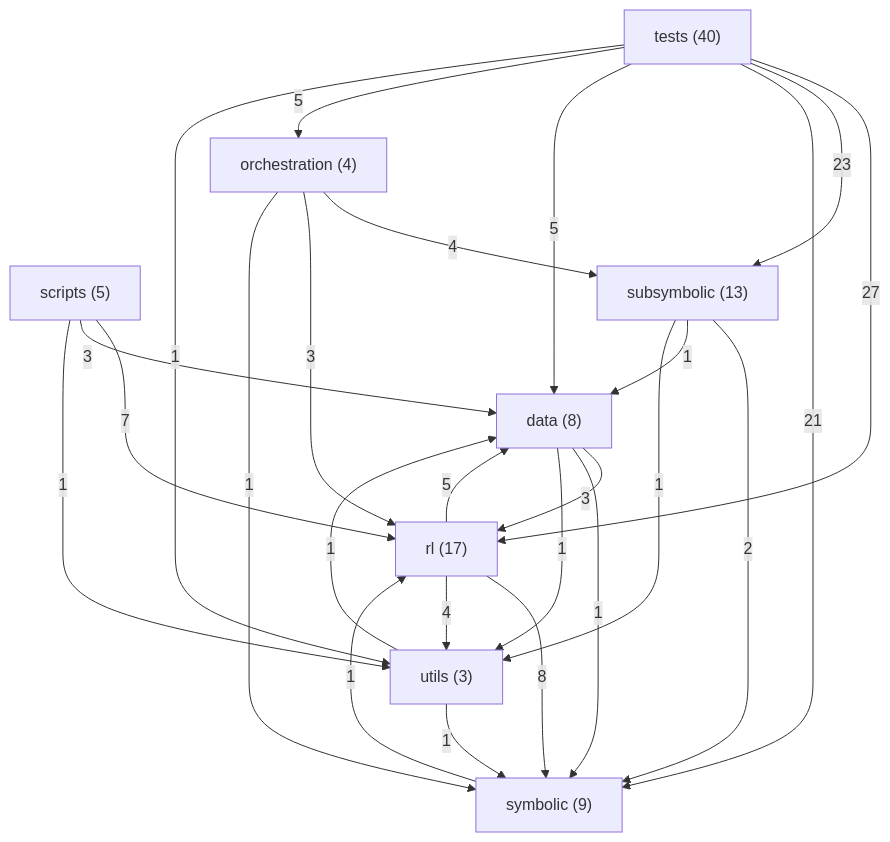
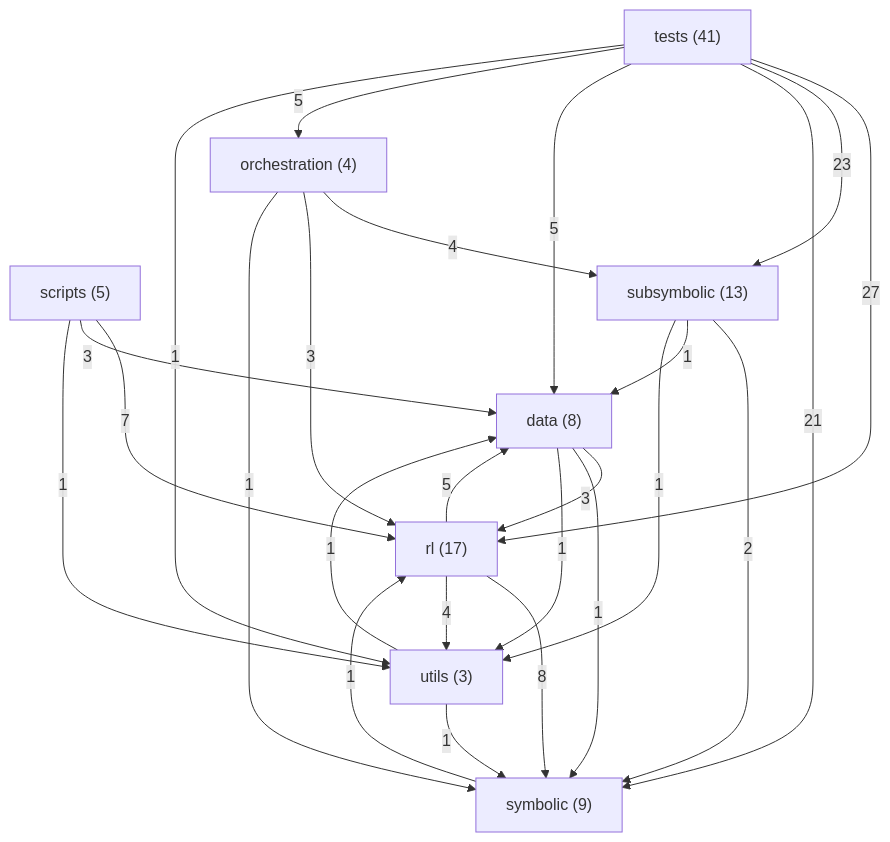
The diagram in ARCHITECTURE.md (danrd/ARC-AGI), drawn with Mermaid before and after one commit. The commit also changed other lines of this file and 2 other files, not shown here.

````diff
--- a/ARCHITECTURE.md
+++ b/ARCHITECTURE.md
@@ -96,35 +125,35 @@
 ```mermaid
 graph TD
   data["data (8)"]
   orchestration["orchestration (4)"]
   rl["rl (17)"]
   scripts["scripts (5)"]
   subsymbolic["subsymbolic (13)"]
   symbolic["symbolic (9)"]
-  tests["tests (40)"]
+  tests["tests (41)"]
   utils["utils (3)"]
   tests -->|27| rl
   tests -->|23| subsymbolic
   tests -->|21| symbolic
   rl -->|8| symbolic
   scripts -->|7| rl
   rl -->|5| data
   tests -->|5| data
   tests -->|5| orchestration
   orchestration -->|4| subsymbolic
   rl -->|4| utils
   data -->|3| rl
   orchestration -->|3| rl
   scripts -->|3| data
   subsymbolic -->|2| symbolic
   data -->|1| symbolic
   data -->|1| utils
   orchestration -->|1| symbolic
   scripts -->|1| utils
   subsymbolic -->|1| data
   subsymbolic -->|1| utils
   symbolic -->|1| rl
   tests -->|1| utils
   utils -->|1| data
   utils -->|1| symbolic
 ```
````
